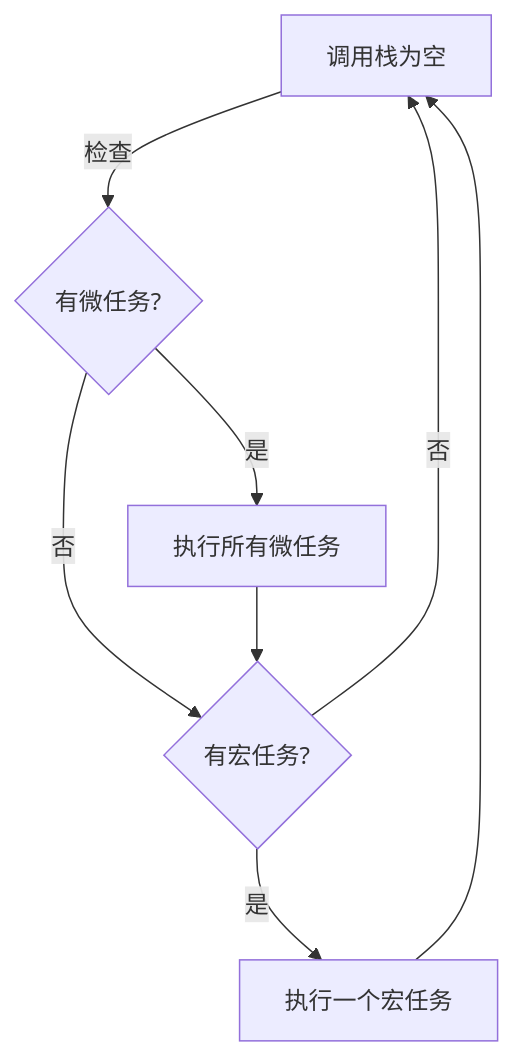
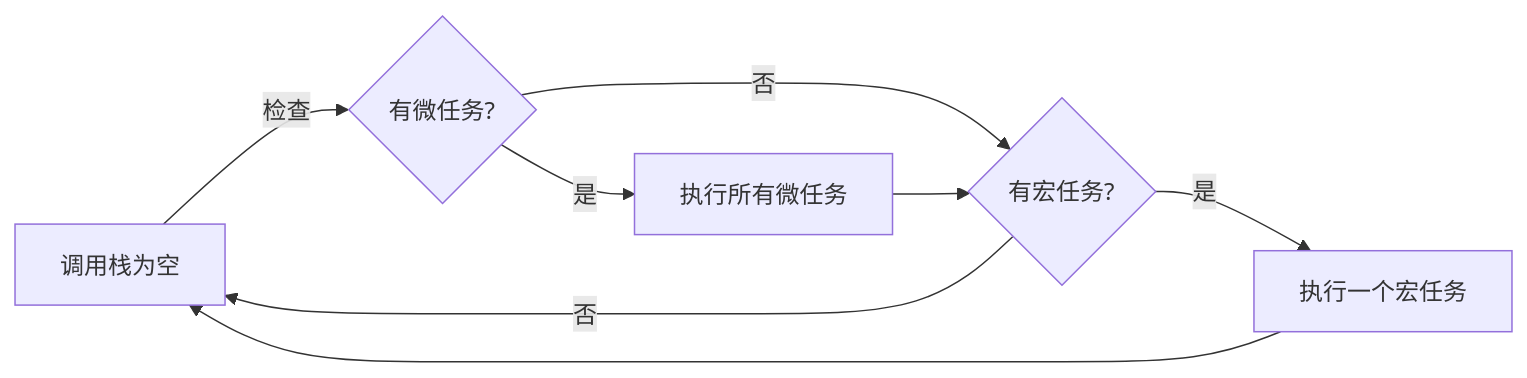
The first of 3 diagrams in packages/notes/src/web/javascript/event-loop.md (Zhe28/record), drawn with Mermaid before and after one commit. The commit also changed other lines of this file and 5 other files, not shown here.

First line of the commit message:
✨ feat(事件循环): 优化事件循环示例和 Mermaid 图表渲染

````diff
--- a/packages/notes/src/web/javascript/event-loop.md
+++ b/packages/notes/src/web/javascript/event-loop.md
@@ -18,10 +32,10 @@
 ```mermaid
-flowchart TD
+flowchart LR
     A[调用栈为空] -->|检查| B{有微任务?}
     B -->|是| C[执行所有微任务]
     B -->|否| D{有宏任务?}
     C --> D
     D -->|是| E[执行一个宏任务]
     D -->|否| A
     E --> A
 ```
````
